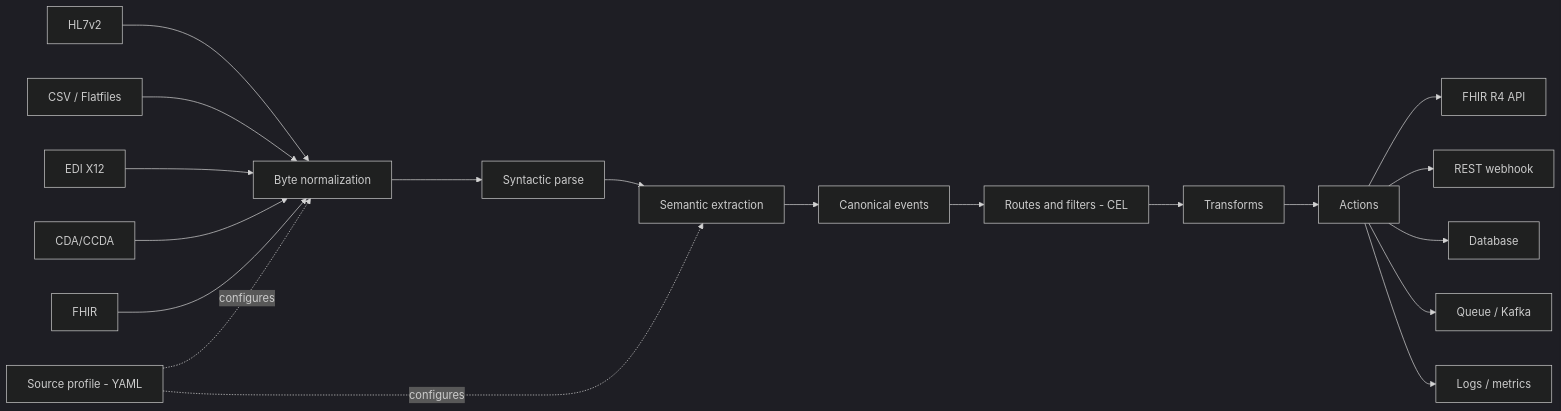
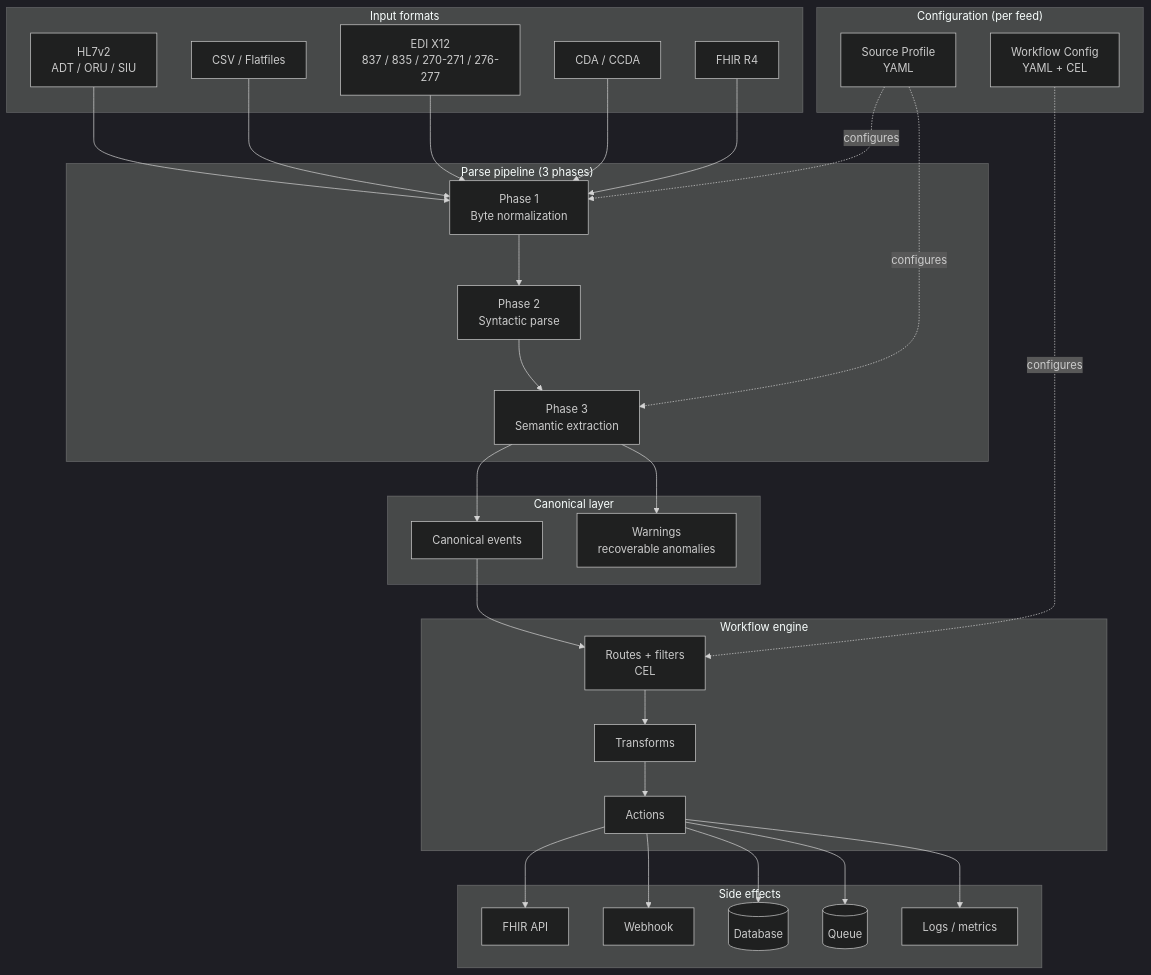
Before and after one commit to crb2nu/fi-fhir: the diagram in docs/mermaid/overview-flow.mmd, drawn with Mermaid (dark theme). The commit also changed 15 other files, not shown here.

Commit message:
docs(ui): improve diagrams and enforce lint

```diff
--- a/docs/mermaid/overview-flow.mmd
+++ b/docs/mermaid/overview-flow.mmd
@@ -1,19 +1,60 @@
-flowchart LR
-  HL7[HL7v2] --> B[Byte normalization]
-  CSV[CSV / Flatfiles] --> B
-  X12[EDI X12] --> B
-  CDA[CDA/CCDA] --> B
-  FHIR[FHIR] --> B
+flowchart TB
+  subgraph IN["Input formats"]
+    HL7[HL7v2<br/>ADT / ORU / SIU]
+    CSV[CSV / Flatfiles]
+    X12[EDI X12<br/>837 / 835 / 270-271 / 276-277]
+    CDA[CDA / CCDA]
+    FHIR[FHIR R4]
+  end
 
-  P[Source profile - YAML] -.->|configures| B
+  subgraph CFG["Configuration (per feed)"]
+    P[Source Profile<br/>YAML]
+    W[Workflow Config<br/>YAML + CEL]
+  end
 
-  B --> S[Syntactic parse] --> E[Semantic extraction] --> EV[Canonical events]
-  P -.->|configures| E
+  subgraph PARSE["Parse pipeline (3 phases)"]
+    B[Phase 1<br/>Byte normalization]
+    S[Phase 2<br/>Syntactic parse]
+    E[Phase 3<br/>Semantic extraction]
+    B --> S --> E
+  end
 
-  EV --> R[Routes and filters - CEL] --> T[Transforms] --> A[Actions]
+  subgraph CANON["Canonical layer"]
+    EV[Canonical events]
+    WARN[Warnings<br/>recoverable anomalies]
+  end
 
-  A --> OFHIR[FHIR R4 API]
-  A --> WH[REST webhook]
-  A --> DB[Database]
-  A --> MQ[Queue / Kafka]
-  A --> LOG[Logs / metrics]
+  subgraph FLOW["Workflow engine"]
+    R[Routes + filters<br/>CEL]
+    T[Transforms]
+    A[Actions]
+    R --> T --> A
+  end
+
+  subgraph OUT["Side effects"]
+    OFHIR[FHIR API]
+    WH[Webhook]
+    DB[(Database)]
+    MQ[(Queue)]
+    LOG[Logs / metrics]
+  end
+
+  HL7 --> B
+  CSV --> B
+  X12 --> B
+  CDA --> B
+  FHIR --> B
+
+  P -. configures .-> B
+  P -. configures .-> E
+  W -. configures .-> R
+
+  E --> EV
+  E --> WARN
+  EV --> R
+
+  A --> OFHIR
+  A --> WH
+  A --> DB
+  A --> MQ
+  A --> LOG
```
